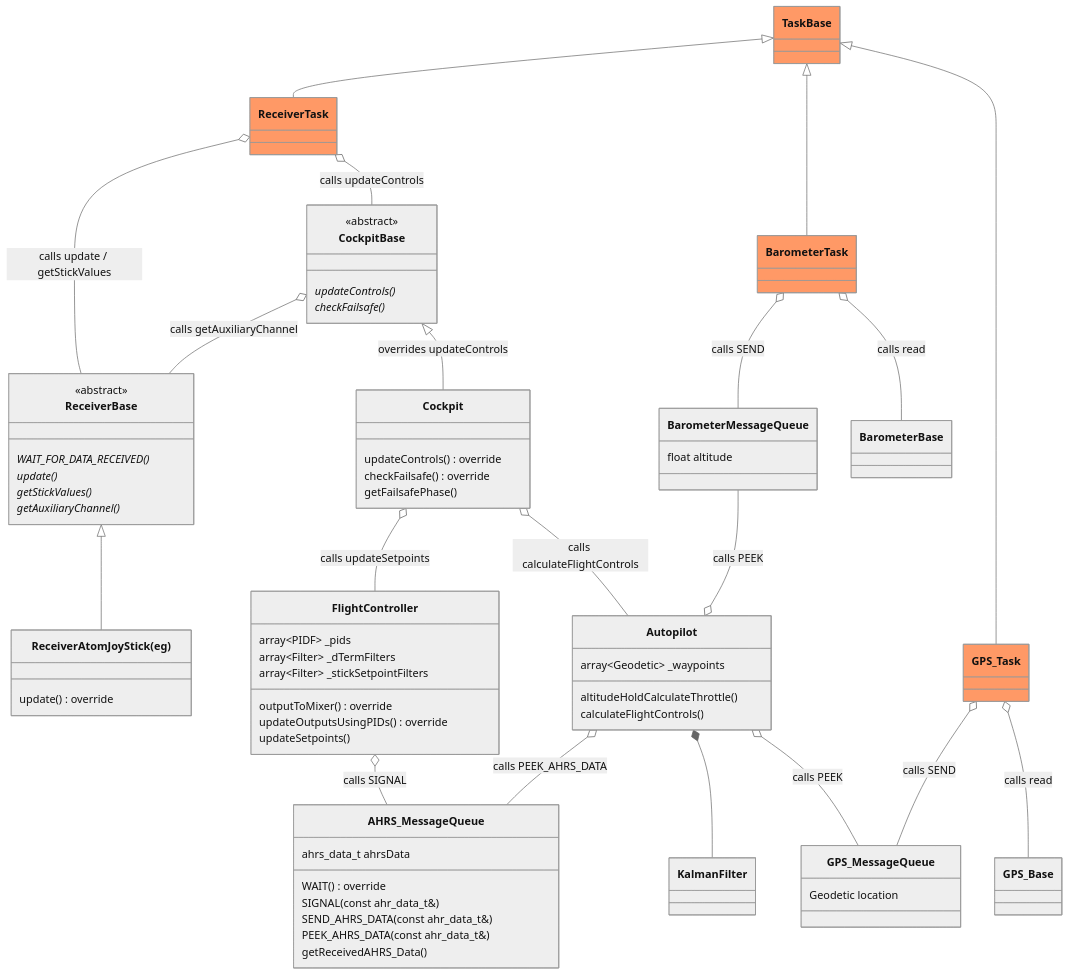
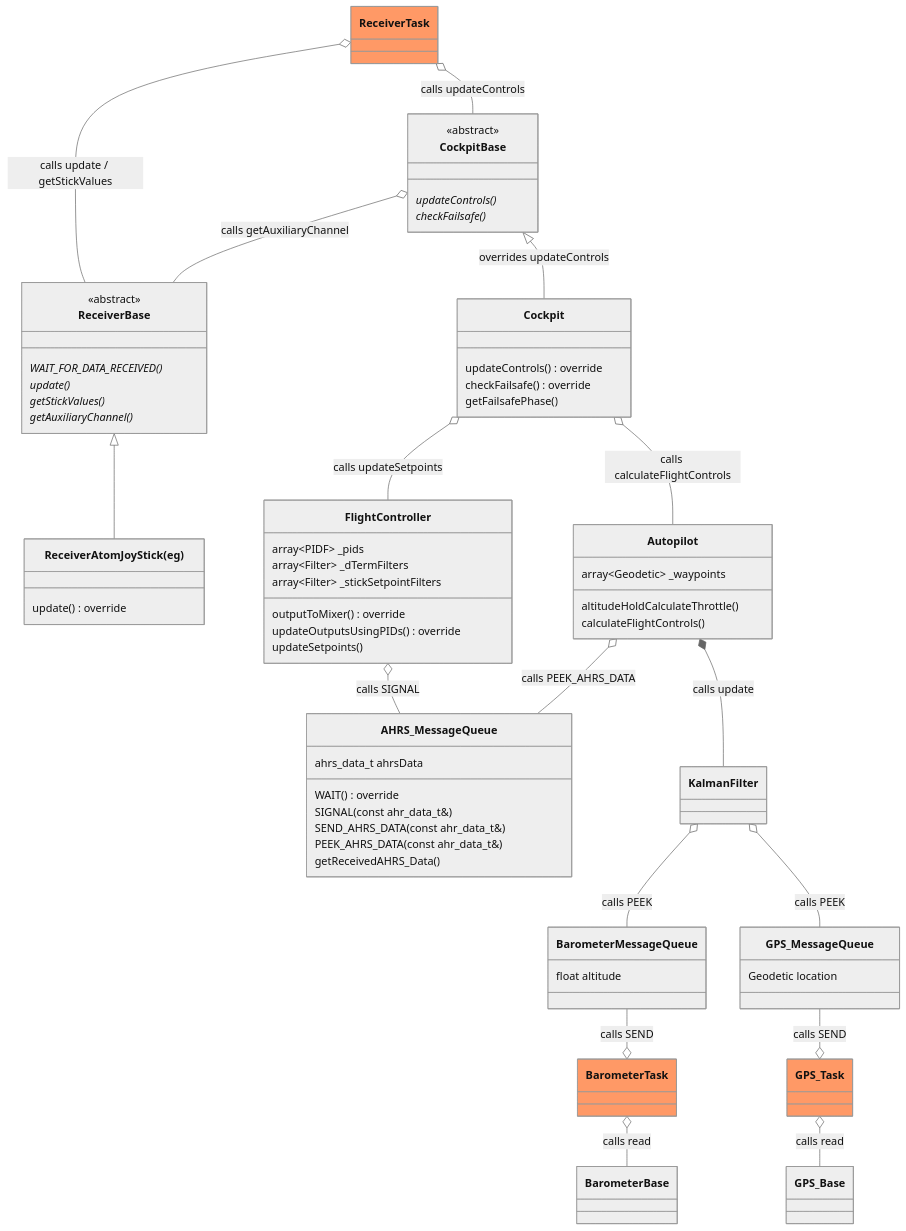
Before and after one commit to martinbudden/Protoflight: the sixth of 6 diagrams in README.md, drawn with Mermaid (neutral theme). The commit also changed other lines of this file, not shown here.

````diff
--- a/README.md
+++ b/README.md
@@ -1018,13 +1017,6 @@
       hideEmptyMembersBox: false
 ---
 classDiagram
-    class TaskBase:::taskClass {
-    }
-    link TaskBase "https://github.com/martinbudden/Library-TaskBase/blob/main/src/TaskBase.h"
-    TaskBase <|-- ReceiverTask
-    TaskBase <|-- BarometerTask
-    TaskBase <|-- GPS_Task
-
     class FlightController {
         array~PIDF~ _pids
         array~Filter~ _dTermFilters
@@ -1082,7 +1074,7 @@
     }
     link Autopilot "https://github.com/martinbudden/protoflight/blob/main/lib/Helm/src/Autopilot.h"
     Autopilot o-- AHRS_MessageQueue : calls PEEK_AHRS_DATA
-    Autopilot *-- KalmanFilter
+    Autopilot *-- KalmanFilter : calls update
 
     class KalmanFilter {
     }
@@ -1098,30 +1090,28 @@
     FlightController o-- AHRS_MessageQueue : calls SIGNAL
     %%AHRS_MessageQueue --o FlightController : calls SIGNAL
 
+    class BarometerBase {
+    }
+    class BarometerTask:::taskClass {
+    }
+    %%BarometerTask o-- BarometerMessageQueue : calls SEND
+    BarometerMessageQueue --o BarometerTask : calls SEND
+    BarometerTask o-- BarometerBase : calls read
+    class BarometerMessageQueue {
+        float altitude
+    }
+
     class GPS_Base {
+    }
+    class GPS_Task:::taskClass {
     }
     class GPS_MessageQueue {
         Geodetic location
     }
-
-    class BarometerBase {
-    }
-    class BarometerMessageQueue {
-        float altitude
-    }
-    Autopilot o-- GPS_MessageQueue : calls PEEK
-    BarometerMessageQueue --o Autopilot: calls PEEK
-
-
-    class BarometerTask:::taskClass {
-    }
-    BarometerTask o-- BarometerMessageQueue : calls SEND
-    BarometerTask o-- BarometerBase : calls read
-
-    class GPS_Task:::taskClass {
-    }
-    GPS_Task o-- GPS_MessageQueue : calls SEND
+    GPS_MessageQueue --o GPS_Task : calls SEND
     GPS_Task o-- GPS_Base : calls read
 
+    KalmanFilter o-- BarometerMessageQueue : calls PEEK
+    KalmanFilter o-- GPS_MessageQueue : calls PEEK
     classDef taskClass fill:#f96
 ```
````
